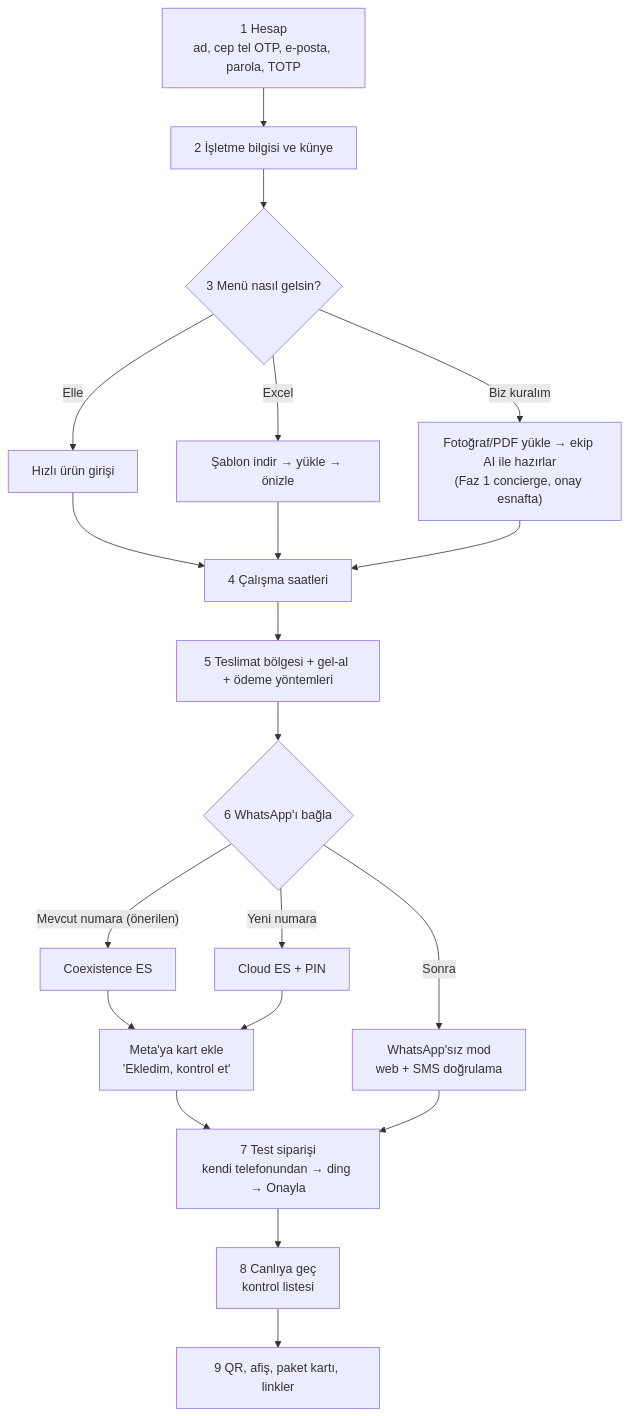
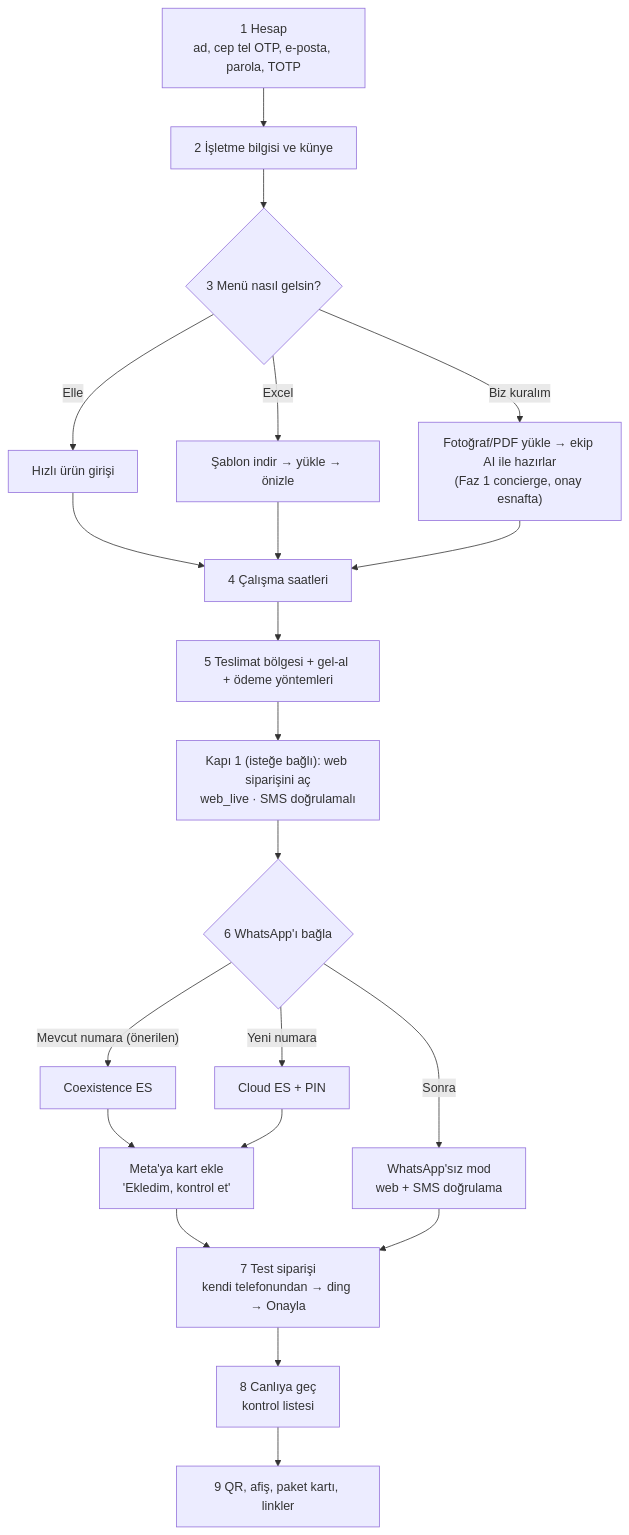
The second of 2 diagrams in docs/04-isletme-paneli.md (eraycaylak/siparisinonunde), drawn with Mermaid before and after one commit. The commit also changed other lines of this file, not shown here.

````diff
--- a/docs/04-isletme-paneli.md
+++ b/docs/04-isletme-paneli.md
@@ -174,19 +174,20 @@
 ```mermaid
 flowchart TD
   A["1 Hesap<br/>ad, cep tel OTP, e-posta, parola, TOTP"] --> B["2 İşletme bilgisi ve künye"]
   B --> C{"3 Menü nasıl gelsin?"}
   C -- "Elle" --> C1["Hızlı ürün girişi"]
   C -- "Excel" --> C2["Şablon indir → yükle → önizle"]
   C -- "Biz kuralım" --> C3["Fotoğraf/PDF yükle → ekip AI ile hazırlar<br/>(Faz 1 concierge, onay esnafta)"]
   C1 & C2 & C3 --> D["4 Çalışma saatleri"]
   D --> E["5 Teslimat bölgesi + gel-al + ödeme yöntemleri"]
-  E --> F{"6 WhatsApp'ı bağla"}
+  E --> K1["Kapı 1 (isteğe bağlı): web siparişini aç<br/>web_live · SMS doğrulamalı"]
+  K1 --> F{"6 WhatsApp'ı bağla"}
   F -- "Mevcut numara (önerilen)" --> F1["Coexistence ES"]
   F -- "Yeni numara" --> F2["Cloud ES + PIN"]
   F -- "Sonra" --> W["WhatsApp'sız mod<br/>web + SMS doğrulama"]
   F1 & F2 --> G["Meta'ya kart ekle<br/>'Ekledim, kontrol et'"]
   G --> H["7 Test siparişi<br/>kendi telefonundan → ding → Onayla"]
   W --> H
   H --> I["8 Canlıya geç<br/>kontrol listesi"]
   I --> J["9 QR, afiş, paket kartı, linkler"]
 ```
````
